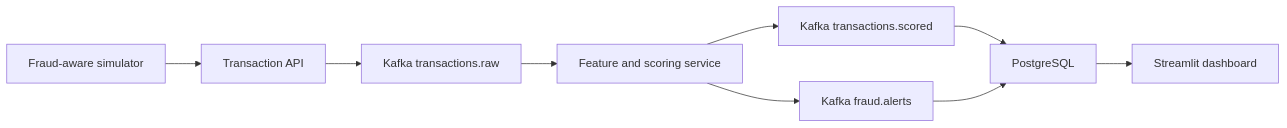
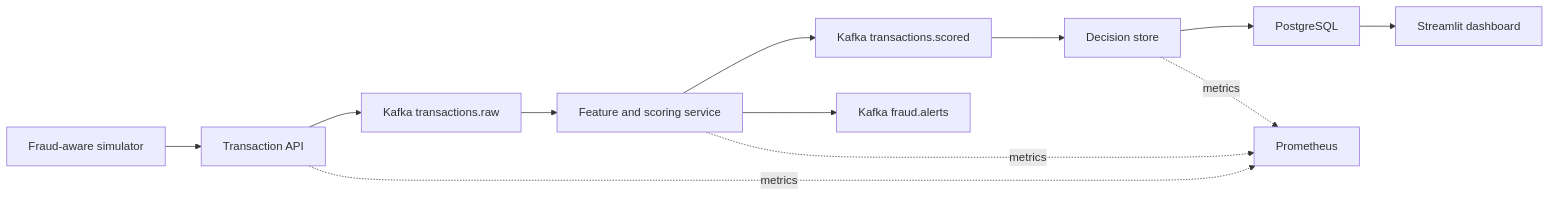
Before and after one commit to RaveendraS33/real-time-fraud-detection-pipeline: the diagram in README.md, drawn with Mermaid. The commit also changed other lines of this file and 26 other files, not shown here.

````diff
--- a/README.md
+++ b/README.md
@@ -12,11 +12,14 @@
 ```mermaid
 flowchart LR
     API["Transaction API"] --> K1["Kafka transactions.raw"]
     SIM["Fraud-aware simulator"] --> API
     K1 --> DET["Feature and scoring service"]
     DET --> K2["Kafka transactions.scored"]
     DET --> K3["Kafka fraud.alerts"]
-    K2 --> DB["PostgreSQL"]
-    K3 --> DB
+    K2 --> STORE["Decision store"]
+    STORE --> DB["PostgreSQL"]
     DB --> UI["Streamlit dashboard"]
+    API -. metrics .-> PROM["Prometheus"]
+    DET -. metrics .-> PROM
+    STORE -. metrics .-> PROM
 ```
````
